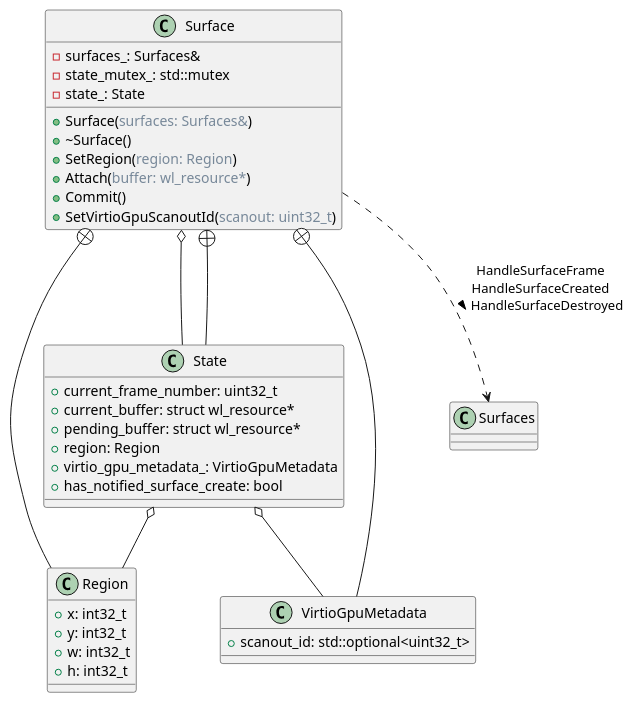
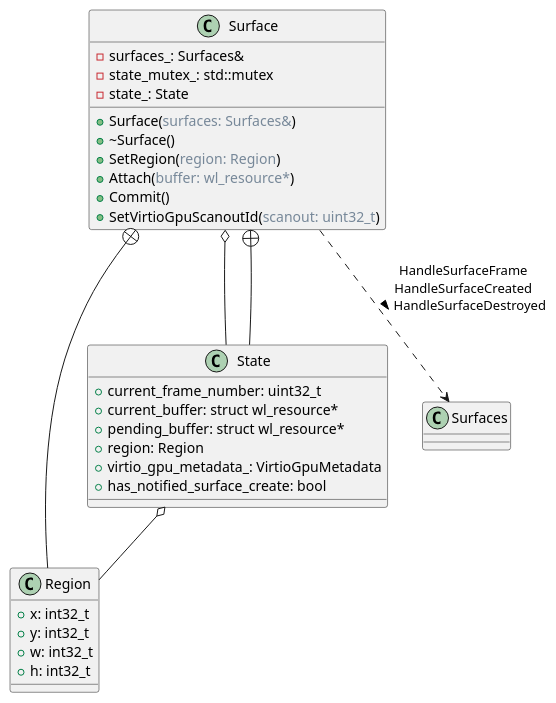
Before and after one commit to dmitvitalii/cf_diagrams: the diagram in surfaces_diagram.puml, drawn with PlantUML.

Commit message:
Remove VirtioGpuMetadata as unuseful information

```diff
--- a/surfaces_diagram.puml
+++ b/surfaces_diagram.puml
@@ -1,49 +1,41 @@
 @startuml surfaces_diagram
 
 class Surface {
   + Surface(<color:LightSlateGray>surfaces: Surfaces&</color>)
   + ~Surface()
   + SetRegion(<color:LightSlateGray>region: Region</color>)
   + Attach(<color:LightSlateGray>buffer: wl_resource*</color>)
   + Commit()
   + SetVirtioGpuScanoutId(<color:LightSlateGray>scanout: uint32_t</color>)
 
   - surfaces_: Surfaces&
   - state_mutex_: std::mutex
   - state_: State
 
 }
 
 class Region {
   + x: int32_t
   + y: int32_t
   + w: int32_t
   + h: int32_t
 }
 
-class VirtioGpuMetadata {
-  + scanout_id: std::optional<uint32_t>
-}
-
 class State {
   + current_frame_number: uint32_t
   + current_buffer: struct wl_resource*
   + pending_buffer: struct wl_resource*
   + region: Region
   + virtio_gpu_metadata_: VirtioGpuMetadata
   + has_notified_surface_create: bool
 }
 
-
 Surface ..> Surfaces : HandleSurfaceFrame\nHandleSurfaceCreated\nHandleSurfaceDestroyed >
 Surface o-- State
 
 State o-- Region
-State o-- VirtioGpuMetadata
 
 Surface +-- Region
-Surface +-- VirtioGpuMetadata
 Surface +-- State
 
-
 @enduml
```
